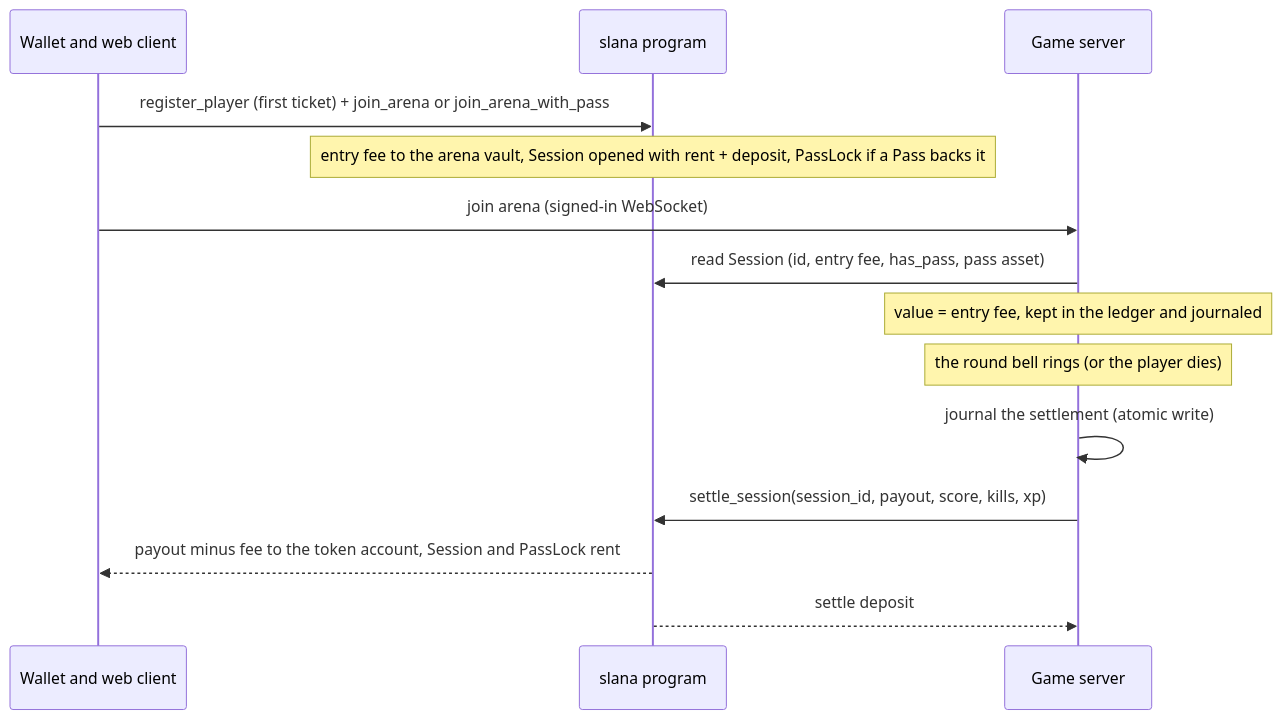
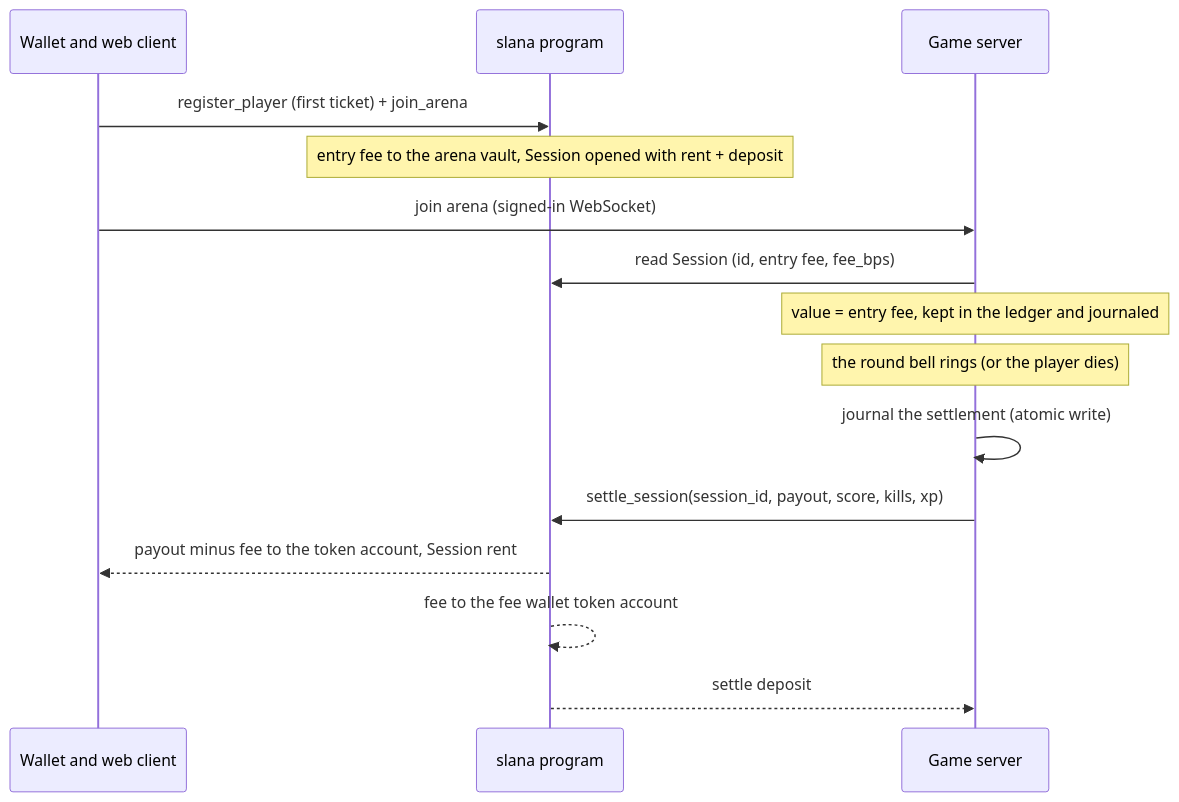
The second of 2 diagrams in docs/ARCHITECTURE.md (furkan3152/Solagel), drawn with Mermaid before and after one commit. The commit also changed other lines of this file and 32 other files, not shown here.

````diff
--- a/docs/ARCHITECTURE.md
+++ b/docs/ARCHITECTURE.md
@@ -131,16 +128,17 @@
 ```mermaid
 sequenceDiagram
   participant W as Wallet and web client
   participant P as slana program
   participant S as Game server
-  W->>P: register_player (first ticket) + join_arena or join_arena_with_pass
-  Note over P: entry fee to the arena vault, Session opened with rent + deposit, PassLock if a Pass backs it
+  W->>P: register_player (first ticket) + join_arena
+  Note over P: entry fee to the arena vault, Session opened with rent + deposit
   W->>S: join arena (signed-in WebSocket)
-  S->>P: read Session (id, entry fee, has_pass, pass asset)
+  S->>P: read Session (id, entry fee, fee_bps)
   Note over S: value = entry fee, kept in the ledger and journaled
   Note over S: the round bell rings (or the player dies)
   S->>S: journal the settlement (atomic write)
   S->>P: settle_session(session_id, payout, score, kills, xp)
-  P-->>W: payout minus fee to the token account, Session and PassLock rent
+  P-->>W: payout minus fee to the token account, Session rent
+  P-->>P: fee to the fee wallet token account
   P-->>S: settle deposit
 ```
````
